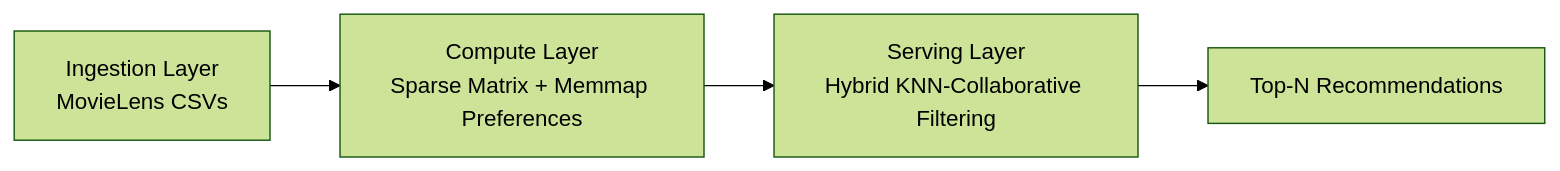
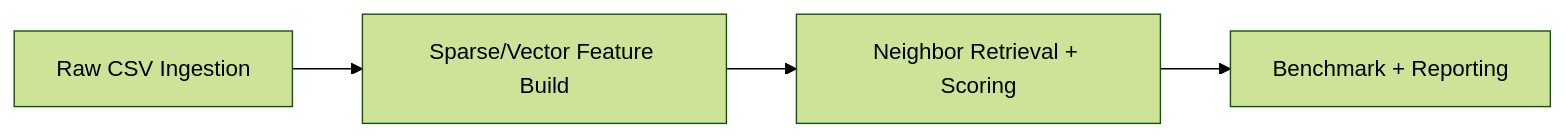
The diagram in README.md (james-finn-travers/Movie-Recommendation-System), drawn with Mermaid (forest theme) before and after one commit. The commit also changed other lines of this file and 12 other files, not shown here.

Commit message:
feat(rust): add wrappers for evaluation and user preference matrix build

````diff
--- a/README.md
+++ b/README.md
@@ -18,6 +37,6 @@
 ```mermaid
 flowchart LR
-	A[Ingestion Layer<br/>MovieLens CSVs] --> B[Compute Layer<br/>Sparse Matrix + Memmap Preferences]
-	B --> C[Serving Layer<br/>Hybrid KNN-Collaborative Filtering]
-	C --> D[Top-N Recommendations]
+  A[Raw CSV Ingestion] --> B[Sparse/Vector Feature Build]
+  B --> C[Neighbor Retrieval + Scoring]
+  C --> D[Benchmark + Reporting]
 ```
````
